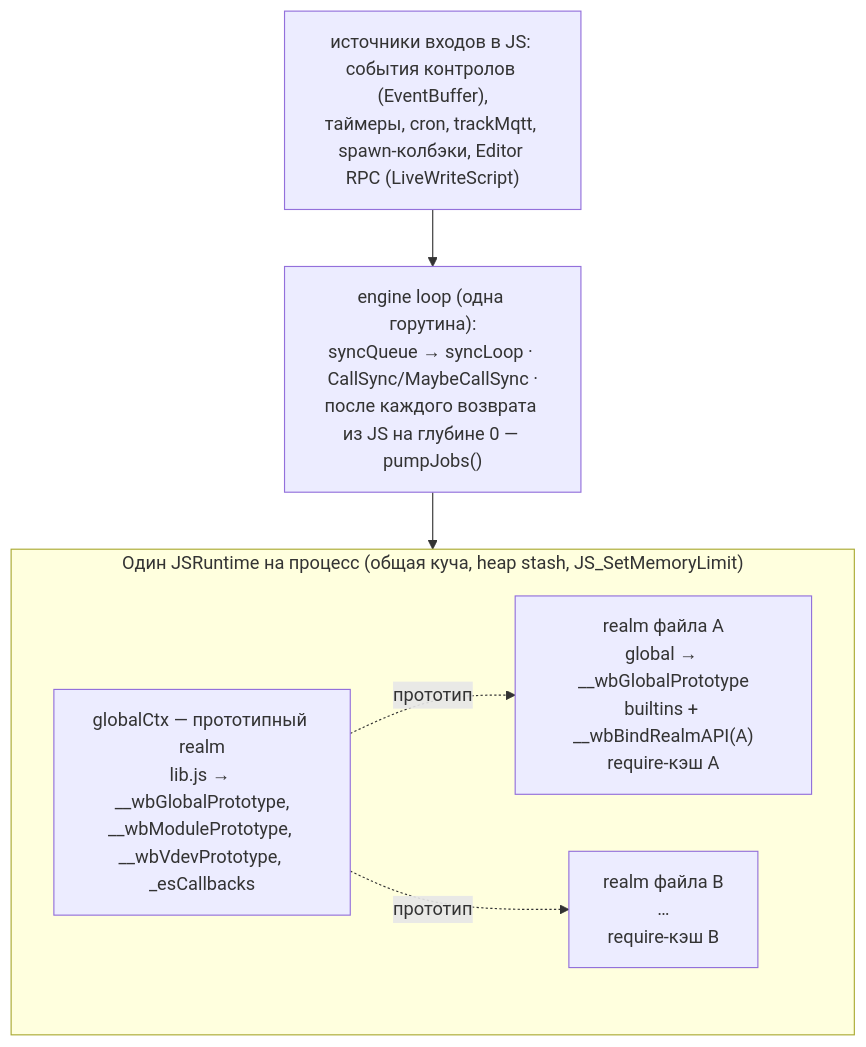
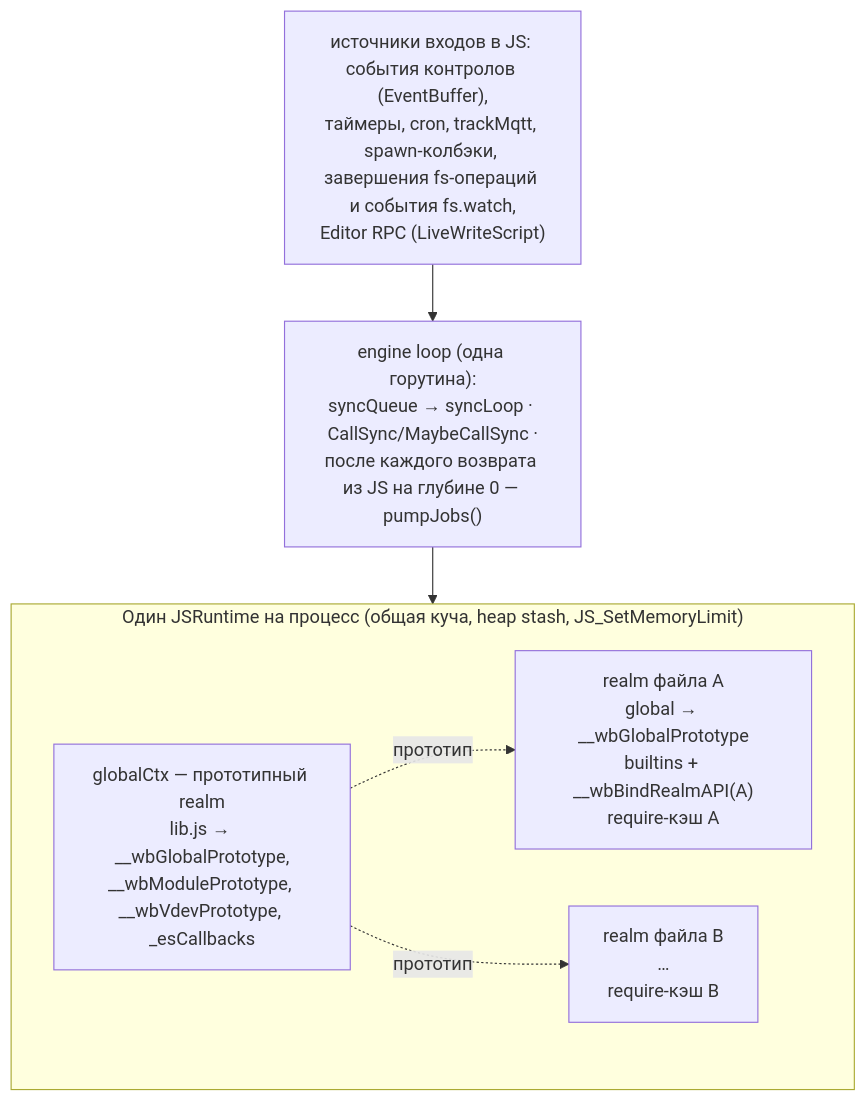
One commit to wirenboard/wb-rules changed the first of 2 diagrams in docs/arc42/08-crosscutting-concepts.md. Above: the diagram before and after it, drawn with Mermaid. The commit also changed other lines of this file and 16 other files, not shown here.

````diff
--- a/docs/arc42/08-crosscutting-concepts.md
+++ b/docs/arc42/08-crosscutting-concepts.md
@@ -7,13 +7,13 @@
 ```mermaid
 graph TD
     subgraph RT["Один JSRuntime на процесс (общая куча, heap stash, JS_SetMemoryLimit)"]
         G["globalCtx — прототипный realm<br/>lib.js → __wbGlobalPrototype,<br/>__wbModulePrototype, __wbVdevPrototype, _esCallbacks"]
         R1["realm файла A<br/>global → __wbGlobalPrototype<br/>builtins + __wbBindRealmAPI(A)<br/>require-кэш A"]
         R2["realm файла B<br/>…<br/>require-кэш B"]
         G -.прототип.-> R1
         G -.прототип.-> R2
     end
     LOOP["engine loop (одна горутина):<br/>syncQueue → syncLoop · CallSync/MaybeCallSync ·<br/>после каждого возврата из JS на глубине 0 — pumpJobs()"]
-    SRC["источники входов в JS: события контролов (EventBuffer),<br/>таймеры, cron, trackMqtt, spawn-колбэки, Editor RPC (LiveWriteScript)"]
+    SRC["источники входов в JS: события контролов (EventBuffer),<br/>таймеры, cron, trackMqtt, spawn-колбэки, завершения fs-операций и события fs.watch,<br/>Editor RPC (LiveWriteScript)"]
     SRC --> LOOP --> RT
 ```
````
